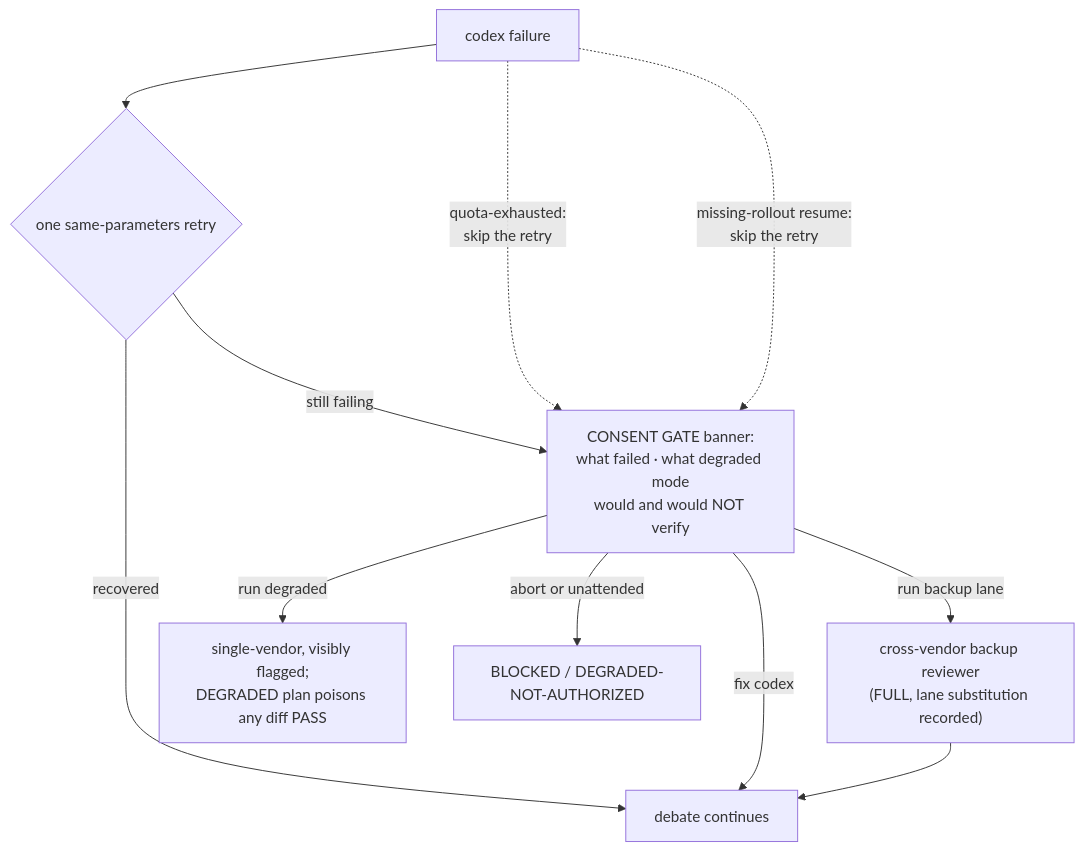
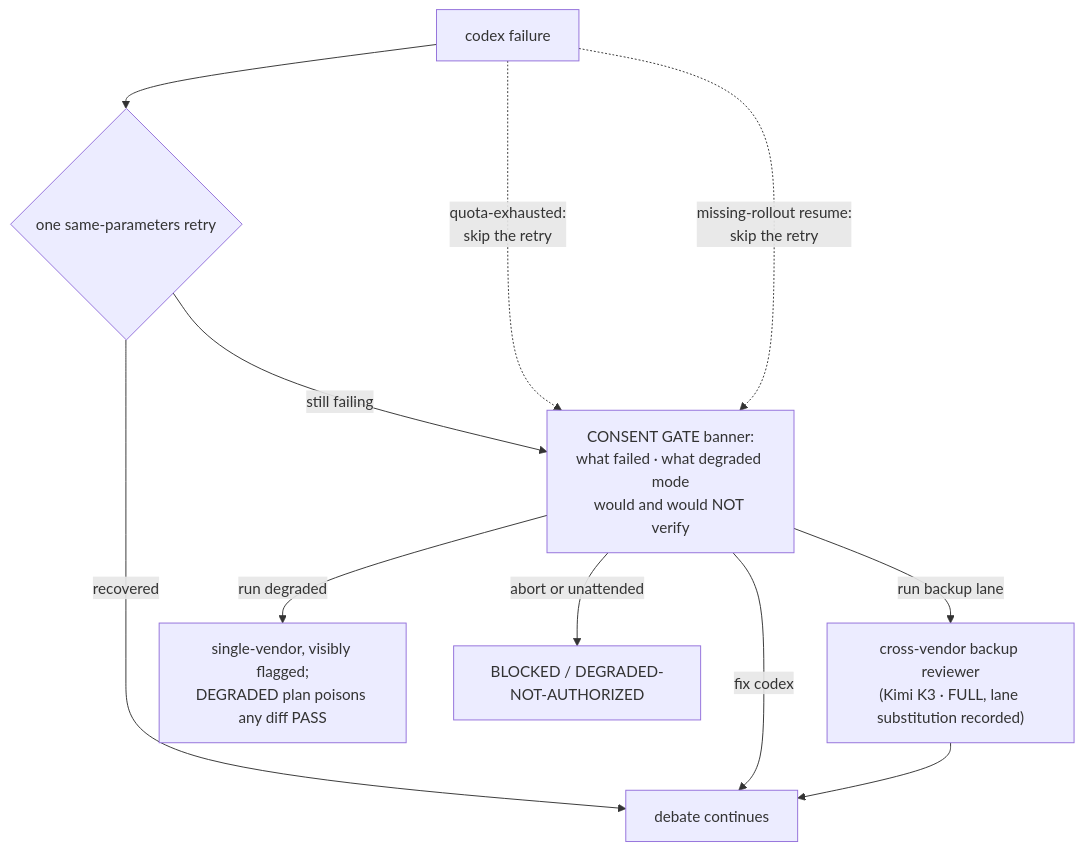
Before and after one commit to Bmwascher/parallax: the second of 2 diagrams in README.md, drawn with Mermaid. The commit also changed other lines of this file, not shown here.

````diff
--- a/README.md
+++ b/README.md
@@ -84,12 +99,12 @@
 ```mermaid
 flowchart TD
     X[codex failure] --> R{one same-parameters retry}
     R -->|recovered| OK[debate continues]
     R -->|still failing| G["CONSENT GATE banner:<br/>what failed · what degraded mode<br/>would and would NOT verify"]
     X -. "quota-exhausted:<br/>skip the retry" .-> G
     X -. "missing-rollout resume:<br/>skip the retry" .-> G
     G -->|fix codex| OK
-    G -->|run backup lane| BK["cross-vendor backup reviewer<br/>(FULL, lane substitution recorded)"] --> OK
+    G -->|run backup lane| BK["cross-vendor backup reviewer<br/>(Kimi K3 · FULL, lane substitution recorded)"] --> OK
     G -->|run degraded| D["single-vendor, visibly flagged;<br/>DEGRADED plan poisons any diff PASS"]
     G -->|abort or unattended| B2[BLOCKED / DEGRADED-NOT-AUTHORIZED]
 ```
````
